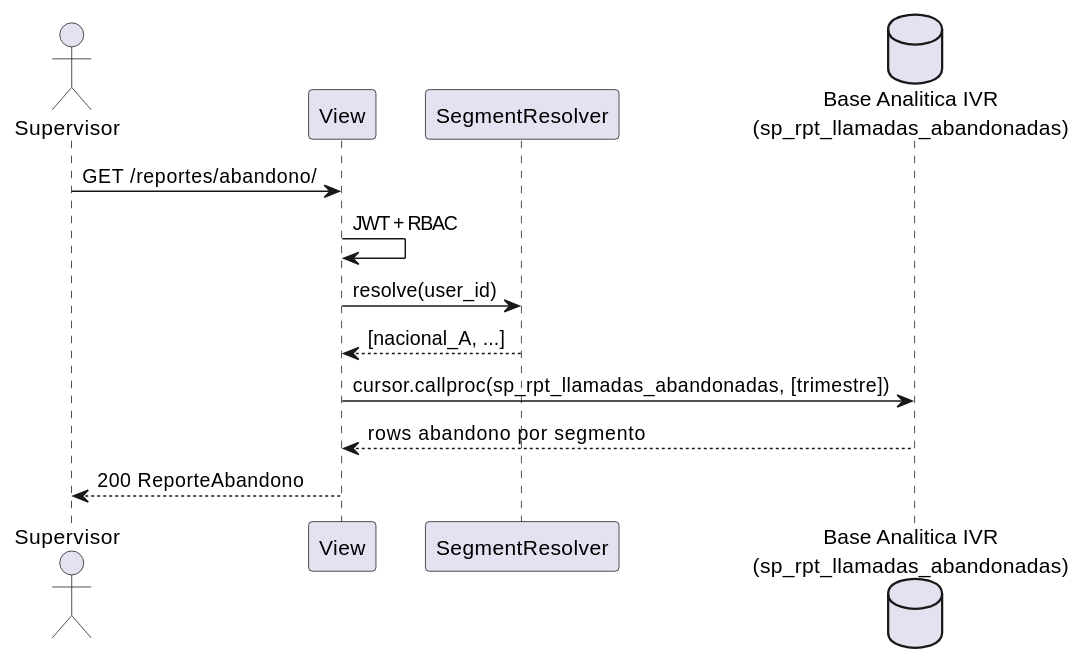
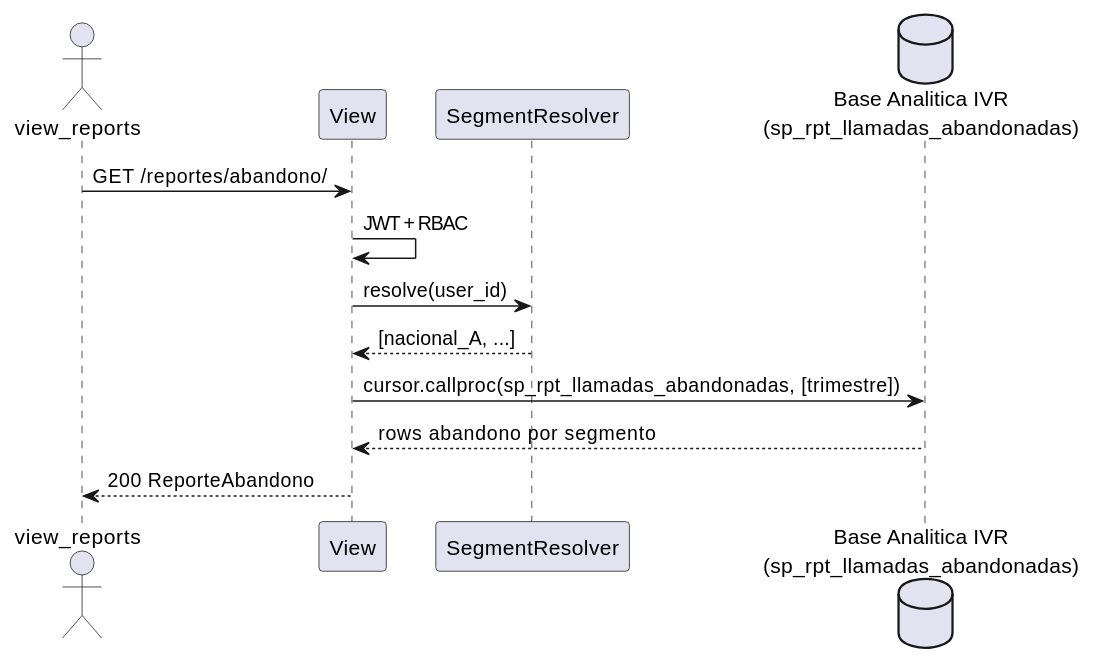
One commit to jcg-admin/IACT-docs changed the fourth of 4 diagrams in source/requisitos/casos-uso/reports/uc-rpt-13/diagramas-uml.rst. Above: the diagram before and after it, drawn with PlantUML. The commit also changed other lines of this file and 77 other files, not shown here.

First line of the commit message:
Enforce RBAC function names as actors in all UML diagrams

```diff
--- a/source/requisitos/casos-uso/reports/uc-rpt-13/diagramas-uml.rst
+++ b/source/requisitos/casos-uso/reports/uc-rpt-13/diagramas-uml.rst
@@ -63,15 +63,15 @@
 .. uml::
 
  @startuml
- actor "Supervisor" as U
+ actor "view_reports" as U
  participant "View" as V
  participant "SegmentResolver" as SR
  database "Base Analitica IVR\n(sp_rpt_llamadas_abandonadas)" as DB
  U -> V: GET /reportes/abandono/
  V -> V: JWT + RBAC
  V -> SR: resolve(user_id)
  SR --> V: [nacional_A, ...]
  V -> DB: cursor.callproc(sp_rpt_llamadas_abandonadas, [trimestre])
  DB --> V: rows abandono por segmento
  V --> U: 200 ReporteAbandono
  @enduml
```
